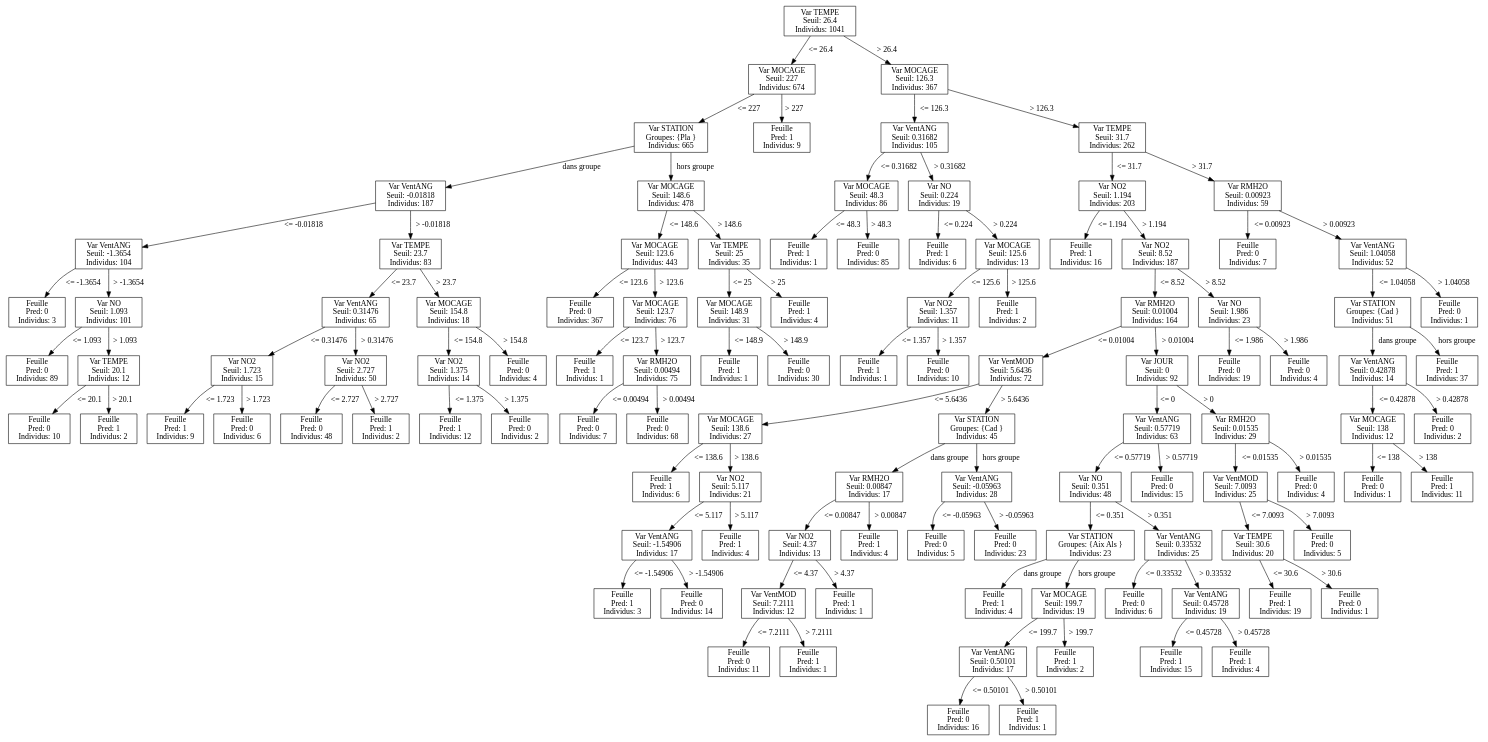
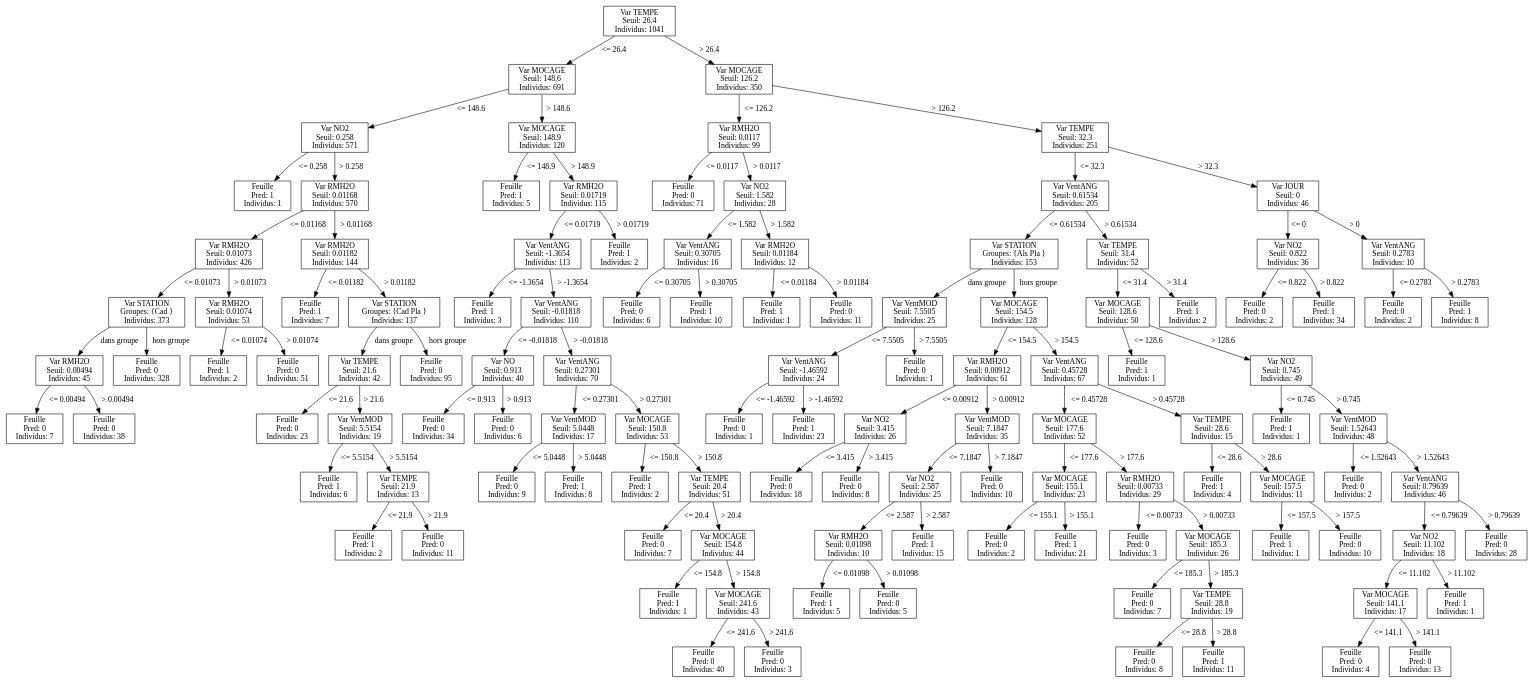
The diagram in ArbreNum3Bagging.dot (Narcisse-sudo/Binary-Tree-C-), drawn with Graphviz before and after one commit. The commit also changed 7 other files, not shown here.

```diff
--- a/ArbreNum3Bagging.dot
+++ b/ArbreNum3Bagging.dot
@@ -1,224 +1,236 @@
 digraph Arbre {
   node [shape=box];
   0 [label="Var TEMPE\nSeuil: 26.4\nIndividus: 1041"];
-  1 [label="Var MOCAGE\nSeuil: 227\nIndividus: 674"];
-  2 [label="Var STATION\nGroupes: {Pla }\nIndividus: 665"];
-  3 [label="Var VentANG\nSeuil: -0.01818\nIndividus: 187"];
-  4 [label="Var VentANG\nSeuil: -1.3654\nIndividus: 104"];
-  5 [label="Feuille\n Pred: 0\nIndividus: 3"];
-  4 -> 5 [label="<= -1.3654"];
-  6 [label="Var NO\nSeuil: 1.093\nIndividus: 101"];
-  7 [label="Feuille\n Pred: 0\nIndividus: 89"];
-  6 -> 7 [label="<= 1.093"];
-  8 [label="Var TEMPE\nSeuil: 20.1\nIndividus: 12"];
-  9 [label="Feuille\n Pred: 0\nIndividus: 10"];
-  8 -> 9 [label="<= 20.1"];
-  10 [label="Feuille\n Pred: 1\nIndividus: 2"];
-  8 -> 10 [label="> 20.1"];
-  6 -> 8 [label="> 1.093"];
-  4 -> 6 [label="> -1.3654"];
-  3 -> 4 [label="<= -0.01818"];
-  11 [label="Var TEMPE\nSeuil: 23.7\nIndividus: 83"];
-  12 [label="Var VentANG\nSeuil: 0.31476\nIndividus: 65"];
-  13 [label="Var NO2\nSeuil: 1.723\nIndividus: 15"];
-  14 [label="Feuille\n Pred: 1\nIndividus: 9"];
-  13 -> 14 [label="<= 1.723"];
-  15 [label="Feuille\n Pred: 0\nIndividus: 6"];
-  13 -> 15 [label="> 1.723"];
-  12 -> 13 [label="<= 0.31476"];
-  16 [label="Var NO2\nSeuil: 2.727\nIndividus: 50"];
-  17 [label="Feuille\n Pred: 0\nIndividus: 48"];
-  16 -> 17 [label="<= 2.727"];
-  18 [label="Feuille\n Pred: 1\nIndividus: 2"];
-  16 -> 18 [label="> 2.727"];
-  12 -> 16 [label="> 0.31476"];
-  11 -> 12 [label="<= 23.7"];
-  19 [label="Var MOCAGE\nSeuil: 154.8\nIndividus: 18"];
-  20 [label="Var NO2\nSeuil: 1.375\nIndividus: 14"];
-  21 [label="Feuille\n Pred: 1\nIndividus: 12"];
-  20 -> 21 [label="<= 1.375"];
-  22 [label="Feuille\n Pred: 0\nIndividus: 2"];
-  20 -> 22 [label="> 1.375"];
-  19 -> 20 [label="<= 154.8"];
-  23 [label="Feuille\n Pred: 0\nIndividus: 4"];
-  19 -> 23 [label="> 154.8"];
-  11 -> 19 [label="> 23.7"];
-  3 -> 11 [label="> -0.01818"];
-  2 -> 3 [label="dans groupe"];
-  24 [label="Var MOCAGE\nSeuil: 148.6\nIndividus: 478"];
-  25 [label="Var MOCAGE\nSeuil: 123.6\nIndividus: 443"];
-  26 [label="Feuille\n Pred: 0\nIndividus: 367"];
-  25 -> 26 [label="<= 123.6"];
-  27 [label="Var MOCAGE\nSeuil: 123.7\nIndividus: 76"];
-  28 [label="Feuille\n Pred: 1\nIndividus: 1"];
-  27 -> 28 [label="<= 123.7"];
-  29 [label="Var RMH2O\nSeuil: 0.00494\nIndividus: 75"];
-  30 [label="Feuille\n Pred: 0\nIndividus: 7"];
-  29 -> 30 [label="<= 0.00494"];
-  31 [label="Feuille\n Pred: 0\nIndividus: 68"];
-  29 -> 31 [label="> 0.00494"];
-  27 -> 29 [label="> 123.7"];
-  25 -> 27 [label="> 123.6"];
-  24 -> 25 [label="<= 148.6"];
-  32 [label="Var TEMPE\nSeuil: 25\nIndividus: 35"];
-  33 [label="Var MOCAGE\nSeuil: 148.9\nIndividus: 31"];
-  34 [label="Feuille\n Pred: 1\nIndividus: 1"];
-  33 -> 34 [label="<= 148.9"];
-  35 [label="Feuille\n Pred: 0\nIndividus: 30"];
-  33 -> 35 [label="> 148.9"];
-  32 -> 33 [label="<= 25"];
-  36 [label="Feuille\n Pred: 1\nIndividus: 4"];
-  32 -> 36 [label="> 25"];
-  24 -> 32 [label="> 148.6"];
-  2 -> 24 [label="hors groupe"];
-  1 -> 2 [label="<= 227"];
-  37 [label="Feuille\n Pred: 1\nIndividus: 9"];
-  1 -> 37 [label="> 227"];
+  1 [label="Var MOCAGE\nSeuil: 148.6\nIndividus: 691"];
+  2 [label="Var NO2\nSeuil: 0.258\nIndividus: 571"];
+  3 [label="Feuille\n Pred: 1\nIndividus: 1"];
+  2 -> 3 [label="<= 0.258"];
+  4 [label="Var RMH2O\nSeuil: 0.01168\nIndividus: 570"];
+  5 [label="Var RMH2O\nSeuil: 0.01073\nIndividus: 426"];
+  6 [label="Var STATION\nGroupes: {Cad }\nIndividus: 373"];
+  7 [label="Var RMH2O\nSeuil: 0.00494\nIndividus: 45"];
+  8 [label="Feuille\n Pred: 0\nIndividus: 7"];
+  7 -> 8 [label="<= 0.00494"];
+  9 [label="Feuille\n Pred: 0\nIndividus: 38"];
+  7 -> 9 [label="> 0.00494"];
+  6 -> 7 [label="dans groupe"];
+  10 [label="Feuille\n Pred: 0\nIndividus: 328"];
+  6 -> 10 [label="hors groupe"];
+  5 -> 6 [label="<= 0.01073"];
+  11 [label="Var RMH2O\nSeuil: 0.01074\nIndividus: 53"];
+  12 [label="Feuille\n Pred: 1\nIndividus: 2"];
+  11 -> 12 [label="<= 0.01074"];
+  13 [label="Feuille\n Pred: 0\nIndividus: 51"];
+  11 -> 13 [label="> 0.01074"];
+  5 -> 11 [label="> 0.01073"];
+  4 -> 5 [label="<= 0.01168"];
+  14 [label="Var RMH2O\nSeuil: 0.01182\nIndividus: 144"];
+  15 [label="Feuille\n Pred: 1\nIndividus: 7"];
+  14 -> 15 [label="<= 0.01182"];
+  16 [label="Var STATION\nGroupes: {Cad Pla }\nIndividus: 137"];
+  17 [label="Var TEMPE\nSeuil: 21.6\nIndividus: 42"];
+  18 [label="Feuille\n Pred: 0\nIndividus: 23"];
+  17 -> 18 [label="<= 21.6"];
+  19 [label="Var VentMOD\nSeuil: 5.5154\nIndividus: 19"];
+  20 [label="Feuille\n Pred: 1\nIndividus: 6"];
+  19 -> 20 [label="<= 5.5154"];
+  21 [label="Var TEMPE\nSeuil: 21.9\nIndividus: 13"];
+  22 [label="Feuille\n Pred: 1\nIndividus: 2"];
+  21 -> 22 [label="<= 21.9"];
+  23 [label="Feuille\n Pred: 0\nIndividus: 11"];
+  21 -> 23 [label="> 21.9"];
+  19 -> 21 [label="> 5.5154"];
+  17 -> 19 [label="> 21.6"];
+  16 -> 17 [label="dans groupe"];
+  24 [label="Feuille\n Pred: 0\nIndividus: 95"];
+  16 -> 24 [label="hors groupe"];
+  14 -> 16 [label="> 0.01182"];
+  4 -> 14 [label="> 0.01168"];
+  2 -> 4 [label="> 0.258"];
+  1 -> 2 [label="<= 148.6"];
+  25 [label="Var MOCAGE\nSeuil: 148.9\nIndividus: 120"];
+  26 [label="Feuille\n Pred: 1\nIndividus: 5"];
+  25 -> 26 [label="<= 148.9"];
+  27 [label="Var RMH2O\nSeuil: 0.01719\nIndividus: 115"];
+  28 [label="Var VentANG\nSeuil: -1.3654\nIndividus: 113"];
+  29 [label="Feuille\n Pred: 1\nIndividus: 3"];
+  28 -> 29 [label="<= -1.3654"];
+  30 [label="Var VentANG\nSeuil: -0.01818\nIndividus: 110"];
+  31 [label="Var NO\nSeuil: 0.913\nIndividus: 40"];
+  32 [label="Feuille\n Pred: 0\nIndividus: 34"];
+  31 -> 32 [label="<= 0.913"];
+  33 [label="Feuille\n Pred: 0\nIndividus: 6"];
+  31 -> 33 [label="> 0.913"];
+  30 -> 31 [label="<= -0.01818"];
+  34 [label="Var VentANG\nSeuil: 0.27301\nIndividus: 70"];
+  35 [label="Var VentMOD\nSeuil: 5.0448\nIndividus: 17"];
+  36 [label="Feuille\n Pred: 0\nIndividus: 9"];
+  35 -> 36 [label="<= 5.0448"];
+  37 [label="Feuille\n Pred: 1\nIndividus: 8"];
+  35 -> 37 [label="> 5.0448"];
+  34 -> 35 [label="<= 0.27301"];
+  38 [label="Var MOCAGE\nSeuil: 150.8\nIndividus: 53"];
+  39 [label="Feuille\n Pred: 1\nIndividus: 2"];
+  38 -> 39 [label="<= 150.8"];
+  40 [label="Var TEMPE\nSeuil: 20.4\nIndividus: 51"];
+  41 [label="Feuille\n Pred: 0\nIndividus: 7"];
+  40 -> 41 [label="<= 20.4"];
+  42 [label="Var MOCAGE\nSeuil: 154.8\nIndividus: 44"];
+  43 [label="Feuille\n Pred: 1\nIndividus: 1"];
+  42 -> 43 [label="<= 154.8"];
+  44 [label="Var MOCAGE\nSeuil: 241.6\nIndividus: 43"];
+  45 [label="Feuille\n Pred: 0\nIndividus: 40"];
+  44 -> 45 [label="<= 241.6"];
+  46 [label="Feuille\n Pred: 0\nIndividus: 3"];
+  44 -> 46 [label="> 241.6"];
+  42 -> 44 [label="> 154.8"];
+  40 -> 42 [label="> 20.4"];
+  38 -> 40 [label="> 150.8"];
+  34 -> 38 [label="> 0.27301"];
+  30 -> 34 [label="> -0.01818"];
+  28 -> 30 [label="> -1.3654"];
+  27 -> 28 [label="<= 0.01719"];
+  47 [label="Feuille\n Pred: 1\nIndividus: 2"];
+  27 -> 47 [label="> 0.01719"];
+  25 -> 27 [label="> 148.9"];
+  1 -> 25 [label="> 148.6"];
   0 -> 1 [label="<= 26.4"];
-  38 [label="Var MOCAGE\nSeuil: 126.3\nIndividus: 367"];
-  39 [label="Var VentANG\nSeuil: 0.31682\nIndividus: 105"];
-  40 [label="Var MOCAGE\nSeuil: 48.3\nIndividus: 86"];
-  41 [label="Feuille\n Pred: 1\nIndividus: 1"];
-  40 -> 41 [label="<= 48.3"];
-  42 [label="Feuille\n Pred: 0\nIndividus: 85"];
-  40 -> 42 [label="> 48.3"];
-  39 -> 40 [label="<= 0.31682"];
-  43 [label="Var NO\nSeuil: 0.224\nIndividus: 19"];
-  44 [label="Feuille\n Pred: 1\nIndividus: 6"];
-  43 -> 44 [label="<= 0.224"];
-  45 [label="Var MOCAGE\nSeuil: 125.6\nIndividus: 13"];
-  46 [label="Var NO2\nSeuil: 1.357\nIndividus: 11"];
-  47 [label="Feuille\n Pred: 1\nIndividus: 1"];
-  46 -> 47 [label="<= 1.357"];
-  48 [label="Feuille\n Pred: 0\nIndividus: 10"];
-  46 -> 48 [label="> 1.357"];
-  45 -> 46 [label="<= 125.6"];
-  49 [label="Feuille\n Pred: 1\nIndividus: 2"];
-  45 -> 49 [label="> 125.6"];
-  43 -> 45 [label="> 0.224"];
-  39 -> 43 [label="> 0.31682"];
-  38 -> 39 [label="<= 126.3"];
-  50 [label="Var TEMPE\nSeuil: 31.7\nIndividus: 262"];
-  51 [label="Var NO2\nSeuil: 1.194\nIndividus: 203"];
-  52 [label="Feuille\n Pred: 1\nIndividus: 16"];
-  51 -> 52 [label="<= 1.194"];
-  53 [label="Var NO2\nSeuil: 8.52\nIndividus: 187"];
-  54 [label="Var RMH2O\nSeuil: 0.01004\nIndividus: 164"];
-  55 [label="Var VentMOD\nSeuil: 5.6436\nIndividus: 72"];
-  56 [label="Var MOCAGE\nSeuil: 138.6\nIndividus: 27"];
-  57 [label="Feuille\n Pred: 1\nIndividus: 6"];
-  56 -> 57 [label="<= 138.6"];
-  58 [label="Var NO2\nSeuil: 5.117\nIndividus: 21"];
-  59 [label="Var VentANG\nSeuil: -1.54906\nIndividus: 17"];
-  60 [label="Feuille\n Pred: 1\nIndividus: 3"];
-  59 -> 60 [label="<= -1.54906"];
-  61 [label="Feuille\n Pred: 0\nIndividus: 14"];
-  59 -> 61 [label="> -1.54906"];
-  58 -> 59 [label="<= 5.117"];
-  62 [label="Feuille\n Pred: 1\nIndividus: 4"];
-  58 -> 62 [label="> 5.117"];
-  56 -> 58 [label="> 138.6"];
-  55 -> 56 [label="<= 5.6436"];
-  63 [label="Var STATION\nGroupes: {Cad }\nIndividus: 45"];
-  64 [label="Var RMH2O\nSeuil: 0.00847\nIndividus: 17"];
-  65 [label="Var NO2\nSeuil: 4.37\nIndividus: 13"];
-  66 [label="Var VentMOD\nSeuil: 7.2111\nIndividus: 12"];
-  67 [label="Feuille\n Pred: 0\nIndividus: 11"];
-  66 -> 67 [label="<= 7.2111"];
-  68 [label="Feuille\n Pred: 1\nIndividus: 1"];
-  66 -> 68 [label="> 7.2111"];
-  65 -> 66 [label="<= 4.37"];
-  69 [label="Feuille\n Pred: 1\nIndividus: 1"];
-  65 -> 69 [label="> 4.37"];
-  64 -> 65 [label="<= 0.00847"];
-  70 [label="Feuille\n Pred: 1\nIndividus: 4"];
-  64 -> 70 [label="> 0.00847"];
-  63 -> 64 [label="dans groupe"];
-  71 [label="Var VentANG\nSeuil: -0.05963\nIndividus: 28"];
-  72 [label="Feuille\n Pred: 0\nIndividus: 5"];
-  71 -> 72 [label="<= -0.05963"];
-  73 [label="Feuille\n Pred: 0\nIndividus: 23"];
-  71 -> 73 [label="> -0.05963"];
-  63 -> 71 [label="hors groupe"];
-  55 -> 63 [label="> 5.6436"];
-  54 -> 55 [label="<= 0.01004"];
-  74 [label="Var JOUR\nSeuil: 0\nIndividus: 92"];
-  75 [label="Var VentANG\nSeuil: 0.57719\nIndividus: 63"];
-  76 [label="Var NO\nSeuil: 0.351\nIndividus: 48"];
-  77 [label="Var STATION\nGroupes: {Aix Als }\nIndividus: 23"];
-  78 [label="Feuille\n Pred: 1\nIndividus: 4"];
-  77 -> 78 [label="dans groupe"];
-  79 [label="Var MOCAGE\nSeuil: 199.7\nIndividus: 19"];
-  80 [label="Var VentANG\nSeuil: 0.50101\nIndividus: 17"];
-  81 [label="Feuille\n Pred: 0\nIndividus: 16"];
-  80 -> 81 [label="<= 0.50101"];
-  82 [label="Feuille\n Pred: 1\nIndividus: 1"];
-  80 -> 82 [label="> 0.50101"];
-  79 -> 80 [label="<= 199.7"];
-  83 [label="Feuille\n Pred: 1\nIndividus: 2"];
-  79 -> 83 [label="> 199.7"];
-  77 -> 79 [label="hors groupe"];
-  76 -> 77 [label="<= 0.351"];
-  84 [label="Var VentANG\nSeuil: 0.33532\nIndividus: 25"];
-  85 [label="Feuille\n Pred: 0\nIndividus: 6"];
-  84 -> 85 [label="<= 0.33532"];
-  86 [label="Var VentANG\nSeuil: 0.45728\nIndividus: 19"];
-  87 [label="Feuille\n Pred: 1\nIndividus: 15"];
-  86 -> 87 [label="<= 0.45728"];
-  88 [label="Feuille\n Pred: 1\nIndividus: 4"];
-  86 -> 88 [label="> 0.45728"];
-  84 -> 86 [label="> 0.33532"];
-  76 -> 84 [label="> 0.351"];
-  75 -> 76 [label="<= 0.57719"];
-  89 [label="Feuille\n Pred: 0\nIndividus: 15"];
-  75 -> 89 [label="> 0.57719"];
-  74 -> 75 [label="<= 0"];
-  90 [label="Var RMH2O\nSeuil: 0.01535\nIndividus: 29"];
-  91 [label="Var VentMOD\nSeuil: 7.0093\nIndividus: 25"];
-  92 [label="Var TEMPE\nSeuil: 30.6\nIndividus: 20"];
-  93 [label="Feuille\n Pred: 1\nIndividus: 19"];
-  92 -> 93 [label="<= 30.6"];
-  94 [label="Feuille\n Pred: 0\nIndividus: 1"];
-  92 -> 94 [label="> 30.6"];
-  91 -> 92 [label="<= 7.0093"];
-  95 [label="Feuille\n Pred: 0\nIndividus: 5"];
-  91 -> 95 [label="> 7.0093"];
-  90 -> 91 [label="<= 0.01535"];
-  96 [label="Feuille\n Pred: 0\nIndividus: 4"];
-  90 -> 96 [label="> 0.01535"];
-  74 -> 90 [label="> 0"];
-  54 -> 74 [label="> 0.01004"];
-  53 -> 54 [label="<= 8.52"];
-  97 [label="Var NO\nSeuil: 1.986\nIndividus: 23"];
-  98 [label="Feuille\n Pred: 0\nIndividus: 19"];
-  97 -> 98 [label="<= 1.986"];
-  99 [label="Feuille\n Pred: 0\nIndividus: 4"];
-  97 -> 99 [label="> 1.986"];
-  53 -> 97 [label="> 8.52"];
-  51 -> 53 [label="> 1.194"];
-  50 -> 51 [label="<= 31.7"];
-  100 [label="Var RMH2O\nSeuil: 0.00923\nIndividus: 59"];
-  101 [label="Feuille\n Pred: 0\nIndividus: 7"];
-  100 -> 101 [label="<= 0.00923"];
-  102 [label="Var VentANG\nSeuil: 1.04058\nIndividus: 52"];
-  103 [label="Var STATION\nGroupes: {Cad }\nIndividus: 51"];
-  104 [label="Var VentANG\nSeuil: 0.42878\nIndividus: 14"];
-  105 [label="Var MOCAGE\nSeuil: 138\nIndividus: 12"];
-  106 [label="Feuille\n Pred: 0\nIndividus: 1"];
-  105 -> 106 [label="<= 138"];
-  107 [label="Feuille\n Pred: 1\nIndividus: 11"];
-  105 -> 107 [label="> 138"];
-  104 -> 105 [label="<= 0.42878"];
-  108 [label="Feuille\n Pred: 0\nIndividus: 2"];
-  104 -> 108 [label="> 0.42878"];
-  103 -> 104 [label="dans groupe"];
-  109 [label="Feuille\n Pred: 1\nIndividus: 37"];
-  103 -> 109 [label="hors groupe"];
-  102 -> 103 [label="<= 1.04058"];
-  110 [label="Feuille\n Pred: 0\nIndividus: 1"];
-  102 -> 110 [label="> 1.04058"];
-  100 -> 102 [label="> 0.00923"];
-  50 -> 100 [label="> 31.7"];
-  38 -> 50 [label="> 126.3"];
-  0 -> 38 [label="> 26.4"];
+  48 [label="Var MOCAGE\nSeuil: 126.2\nIndividus: 350"];
+  49 [label="Var RMH2O\nSeuil: 0.0117\nIndividus: 99"];
+  50 [label="Feuille\n Pred: 0\nIndividus: 71"];
+  49 -> 50 [label="<= 0.0117"];
+  51 [label="Var NO2\nSeuil: 1.582\nIndividus: 28"];
+  52 [label="Var VentANG\nSeuil: 0.30705\nIndividus: 16"];
+  53 [label="Feuille\n Pred: 0\nIndividus: 6"];
+  52 -> 53 [label="<= 0.30705"];
+  54 [label="Feuille\n Pred: 1\nIndividus: 10"];
+  52 -> 54 [label="> 0.30705"];
+  51 -> 52 [label="<= 1.582"];
+  55 [label="Var RMH2O\nSeuil: 0.01184\nIndividus: 12"];
+  56 [label="Feuille\n Pred: 1\nIndividus: 1"];
+  55 -> 56 [label="<= 0.01184"];
+  57 [label="Feuille\n Pred: 0\nIndividus: 11"];
+  55 -> 57 [label="> 0.01184"];
+  51 -> 55 [label="> 1.582"];
+  49 -> 51 [label="> 0.0117"];
+  48 -> 49 [label="<= 126.2"];
+  58 [label="Var TEMPE\nSeuil: 32.3\nIndividus: 251"];
+  59 [label="Var VentANG\nSeuil: 0.61534\nIndividus: 205"];
+  60 [label="Var STATION\nGroupes: {Als Pla }\nIndividus: 153"];
+  61 [label="Var VentMOD\nSeuil: 7.5505\nIndividus: 25"];
+  62 [label="Var VentANG\nSeuil: -1.46592\nIndividus: 24"];
+  63 [label="Feuille\n Pred: 0\nIndividus: 1"];
+  62 -> 63 [label="<= -1.46592"];
+  64 [label="Feuille\n Pred: 1\nIndividus: 23"];
+  62 -> 64 [label="> -1.46592"];
+  61 -> 62 [label="<= 7.5505"];
+  65 [label="Feuille\n Pred: 0\nIndividus: 1"];
+  61 -> 65 [label="> 7.5505"];
+  60 -> 61 [label="dans groupe"];
+  66 [label="Var MOCAGE\nSeuil: 154.5\nIndividus: 128"];
+  67 [label="Var RMH2O\nSeuil: 0.00912\nIndividus: 61"];
+  68 [label="Var NO2\nSeuil: 3.415\nIndividus: 26"];
+  69 [label="Feuille\n Pred: 0\nIndividus: 18"];
+  68 -> 69 [label="<= 3.415"];
+  70 [label="Feuille\n Pred: 0\nIndividus: 8"];
+  68 -> 70 [label="> 3.415"];
+  67 -> 68 [label="<= 0.00912"];
+  71 [label="Var VentMOD\nSeuil: 7.1847\nIndividus: 35"];
+  72 [label="Var NO2\nSeuil: 2.587\nIndividus: 25"];
+  73 [label="Var RMH2O\nSeuil: 0.01098\nIndividus: 10"];
+  74 [label="Feuille\n Pred: 1\nIndividus: 5"];
+  73 -> 74 [label="<= 0.01098"];
+  75 [label="Feuille\n Pred: 0\nIndividus: 5"];
+  73 -> 75 [label="> 0.01098"];
+  72 -> 73 [label="<= 2.587"];
+  76 [label="Feuille\n Pred: 1\nIndividus: 15"];
+  72 -> 76 [label="> 2.587"];
+  71 -> 72 [label="<= 7.1847"];
+  77 [label="Feuille\n Pred: 0\nIndividus: 10"];
+  71 -> 77 [label="> 7.1847"];
+  67 -> 71 [label="> 0.00912"];
+  66 -> 67 [label="<= 154.5"];
+  78 [label="Var VentANG\nSeuil: 0.45728\nIndividus: 67"];
+  79 [label="Var MOCAGE\nSeuil: 177.6\nIndividus: 52"];
+  80 [label="Var MOCAGE\nSeuil: 155.1\nIndividus: 23"];
+  81 [label="Feuille\n Pred: 0\nIndividus: 2"];
+  80 -> 81 [label="<= 155.1"];
+  82 [label="Feuille\n Pred: 1\nIndividus: 21"];
+  80 -> 82 [label="> 155.1"];
+  79 -> 80 [label="<= 177.6"];
+  83 [label="Var RMH2O\nSeuil: 0.00733\nIndividus: 29"];
+  84 [label="Feuille\n Pred: 0\nIndividus: 3"];
+  83 -> 84 [label="<= 0.00733"];
+  85 [label="Var MOCAGE\nSeuil: 185.3\nIndividus: 26"];
+  86 [label="Feuille\n Pred: 0\nIndividus: 7"];
+  85 -> 86 [label="<= 185.3"];
+  87 [label="Var TEMPE\nSeuil: 28.8\nIndividus: 19"];
+  88 [label="Feuille\n Pred: 0\nIndividus: 8"];
+  87 -> 88 [label="<= 28.8"];
+  89 [label="Feuille\n Pred: 1\nIndividus: 11"];
+  87 -> 89 [label="> 28.8"];
+  85 -> 87 [label="> 185.3"];
+  83 -> 85 [label="> 0.00733"];
+  79 -> 83 [label="> 177.6"];
+  78 -> 79 [label="<= 0.45728"];
+  90 [label="Var TEMPE\nSeuil: 28.6\nIndividus: 15"];
+  91 [label="Feuille\n Pred: 1\nIndividus: 4"];
+  90 -> 91 [label="<= 28.6"];
+  92 [label="Var MOCAGE\nSeuil: 157.5\nIndividus: 11"];
+  93 [label="Feuille\n Pred: 1\nIndividus: 1"];
+  92 -> 93 [label="<= 157.5"];
+  94 [label="Feuille\n Pred: 0\nIndividus: 10"];
+  92 -> 94 [label="> 157.5"];
+  90 -> 92 [label="> 28.6"];
+  78 -> 90 [label="> 0.45728"];
+  66 -> 78 [label="> 154.5"];
+  60 -> 66 [label="hors groupe"];
+  59 -> 60 [label="<= 0.61534"];
+  95 [label="Var TEMPE\nSeuil: 31.4\nIndividus: 52"];
+  96 [label="Var MOCAGE\nSeuil: 128.6\nIndividus: 50"];
+  97 [label="Feuille\n Pred: 1\nIndividus: 1"];
+  96 -> 97 [label="<= 128.6"];
+  98 [label="Var NO2\nSeuil: 0.745\nIndividus: 49"];
+  99 [label="Feuille\n Pred: 1\nIndividus: 1"];
+  98 -> 99 [label="<= 0.745"];
+  100 [label="Var VentMOD\nSeuil: 1.52643\nIndividus: 48"];
+  101 [label="Feuille\n Pred: 0\nIndividus: 2"];
+  100 -> 101 [label="<= 1.52643"];
+  102 [label="Var VentANG\nSeuil: 0.79639\nIndividus: 46"];
+  103 [label="Var NO2\nSeuil: 11.102\nIndividus: 18"];
+  104 [label="Var MOCAGE\nSeuil: 141.1\nIndividus: 17"];
+  105 [label="Feuille\n Pred: 0\nIndividus: 4"];
+  104 -> 105 [label="<= 141.1"];
+  106 [label="Feuille\n Pred: 0\nIndividus: 13"];
+  104 -> 106 [label="> 141.1"];
+  103 -> 104 [label="<= 11.102"];
+  107 [label="Feuille\n Pred: 1\nIndividus: 1"];
+  103 -> 107 [label="> 11.102"];
+  102 -> 103 [label="<= 0.79639"];
+  108 [label="Feuille\n Pred: 0\nIndividus: 28"];
+  102 -> 108 [label="> 0.79639"];
+  100 -> 102 [label="> 1.52643"];
+  98 -> 100 [label="> 0.745"];
+  96 -> 98 [label="> 128.6"];
+  95 -> 96 [label="<= 31.4"];
+  109 [label="Feuille\n Pred: 1\nIndividus: 2"];
+  95 -> 109 [label="> 31.4"];
+  59 -> 95 [label="> 0.61534"];
+  58 -> 59 [label="<= 32.3"];
+  110 [label="Var JOUR\nSeuil: 0\nIndividus: 46"];
+  111 [label="Var NO2\nSeuil: 0.822\nIndividus: 36"];
+  112 [label="Feuille\n Pred: 0\nIndividus: 2"];
+  111 -> 112 [label="<= 0.822"];
+  113 [label="Feuille\n Pred: 1\nIndividus: 34"];
+  111 -> 113 [label="> 0.822"];
+  110 -> 111 [label="<= 0"];
+  114 [label="Var VentANG\nSeuil: 0.2783\nIndividus: 10"];
+  115 [label="Feuille\n Pred: 0\nIndividus: 2"];
+  114 -> 115 [label="<= 0.2783"];
+  116 [label="Feuille\n Pred: 1\nIndividus: 8"];
+  114 -> 116 [label="> 0.2783"];
+  110 -> 114 [label="> 0"];
+  58 -> 110 [label="> 32.3"];
+  48 -> 58 [label="> 126.2"];
+  0 -> 48 [label="> 26.4"];
 }
```
